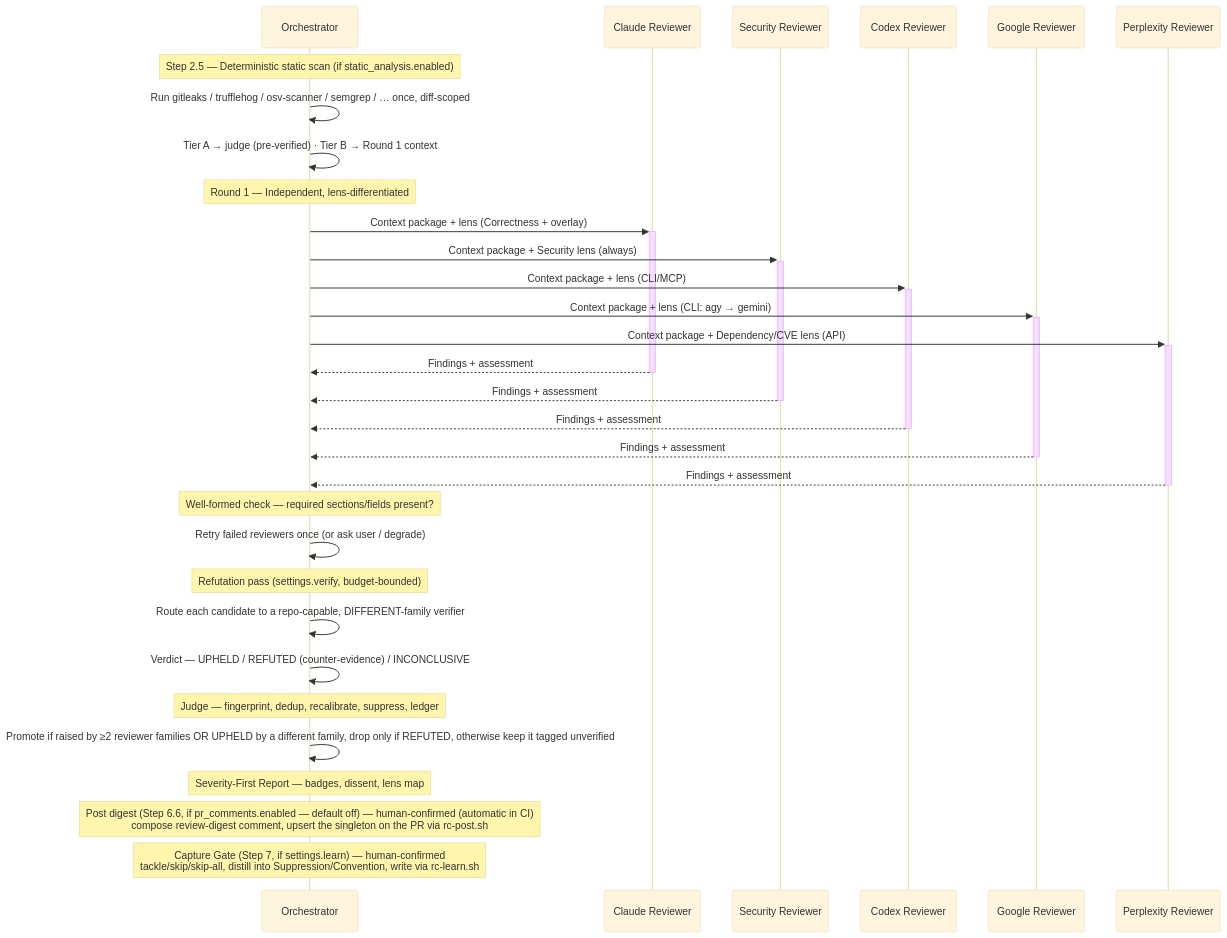
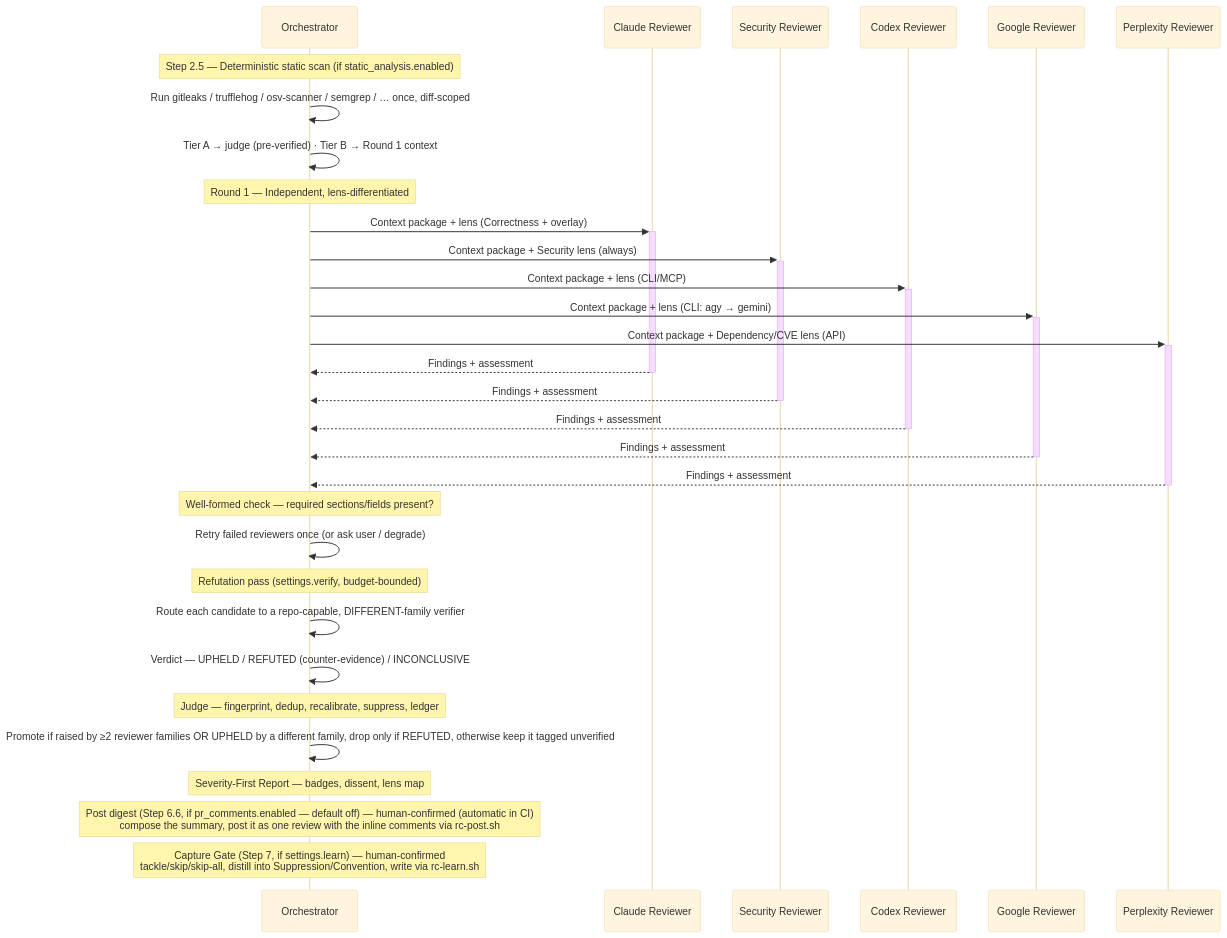
The third of 4 diagrams in README.md (deployhq/review-council), drawn with Mermaid (base theme) before and after one commit. The commit also changed other lines of this file and 9 other files, not shown here.

First line of the commit message:
feat(post): one review per run carries the summary; sign every comment

````diff
--- a/README.md
+++ b/README.md
@@ -410,41 +410,41 @@
 ```mermaid
 sequenceDiagram
     participant O as Orchestrator
     participant C as Claude Reviewer
     participant S as Security Reviewer
     participant X as Codex Reviewer
     participant G as Google Reviewer
     participant P as Perplexity Reviewer
 
     Note over O: Step 2.5 — Deterministic static scan (if static_analysis.enabled)
     O->>O: Run gitleaks / trufflehog / osv-scanner / semgrep / … once, diff-scoped
     O->>O: Tier A → judge (pre-verified) · Tier B → Round 1 context
 
     Note over O: Round 1 — Independent, lens-differentiated
     O->>+C: Context package + lens (Correctness + overlay)
     O->>+S: Context package + Security lens (always)
     O->>+X: Context package + lens (CLI/MCP)
     O->>+G: Context package + lens (CLI: agy → gemini)
     O->>+P: Context package + Dependency/CVE lens (API)
     C-->>-O: Findings + assessment
     S-->>-O: Findings + assessment
     X-->>-O: Findings + assessment
     G-->>-O: Findings + assessment
     P-->>-O: Findings + assessment
 
     Note over O: Well-formed check — required sections/fields present?
     O->>O: Retry failed reviewers once (or ask user / degrade)
 
     Note over O: Refutation pass (settings.verify, budget-bounded)
     O->>O: Route each candidate to a repo-capable, DIFFERENT-family verifier
     O->>O: Verdict — UPHELD / REFUTED (counter-evidence) / INCONCLUSIVE
 
     Note over O: Judge — fingerprint, dedup, recalibrate, suppress, ledger
     O->>O: Promote if raised by ≥2 reviewer families OR UPHELD by a different family, drop only if REFUTED, otherwise keep it tagged unverified
 
     Note over O: Severity-First Report — badges, dissent, lens map
 
-    Note over O: Post digest (Step 6.6, if pr_comments.enabled — default off) — human-confirmed (automatic in CI)<br/>compose review-digest comment, upsert the singleton on the PR via rc-post.sh
+    Note over O: Post digest (Step 6.6, if pr_comments.enabled — default off) — human-confirmed (automatic in CI)<br/>compose the summary, post it as one review with the inline comments via rc-post.sh
 
     Note over O: Capture Gate (Step 7, if settings.learn) — human-confirmed<br/>tackle/skip/skip-all, distill into Suppression/Convention, write via rc-learn.sh
 ```
````
